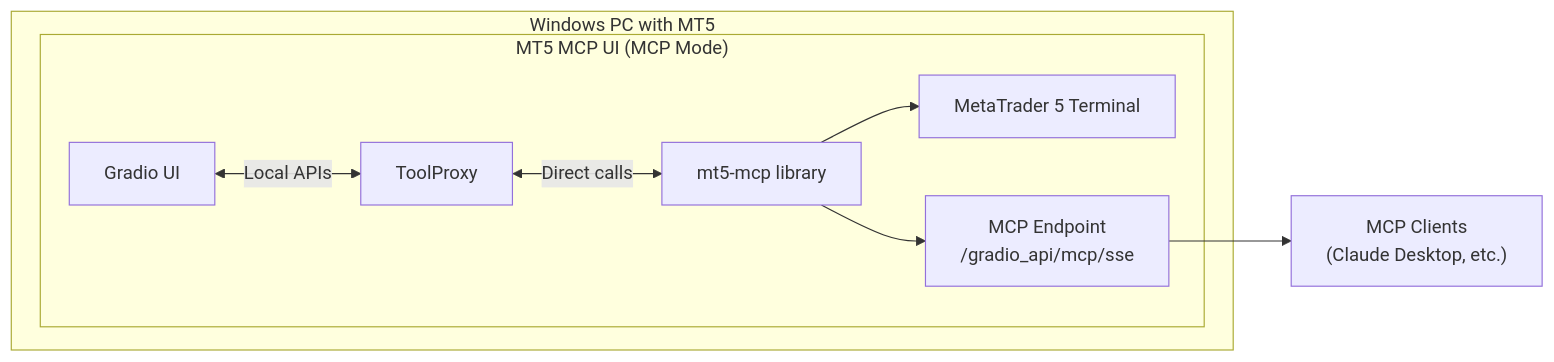
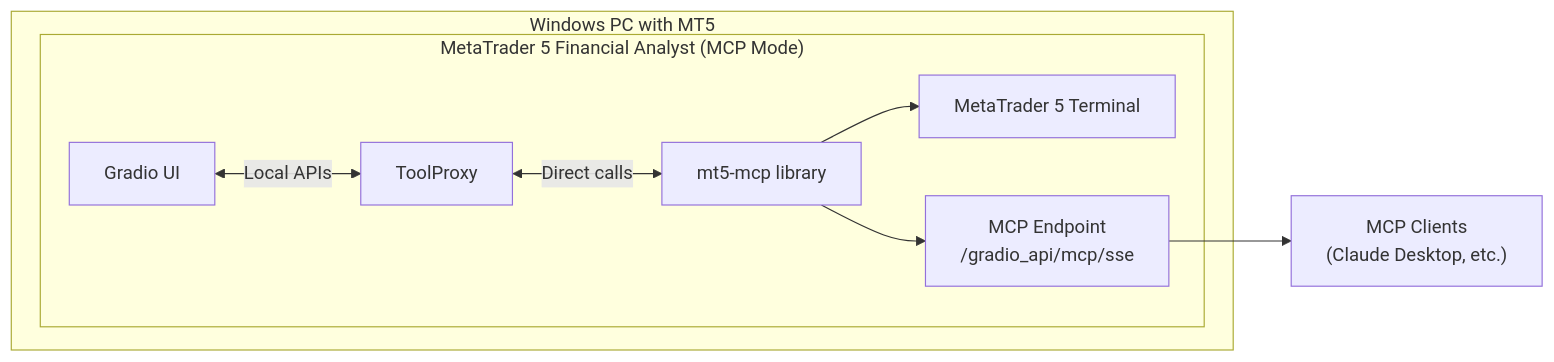
One commit to Cloudmeru/Metatrader-5-MCP-UI changed the second of 5 diagrams in docs/ARCHITECTURE.md. Above: the diagram before and after it, drawn with Mermaid. The commit also changed other lines of this file and 8 other files, not shown here.

````diff
--- a/docs/ARCHITECTURE.md
+++ b/docs/ARCHITECTURE.md
@@ -78,15 +78,15 @@
 ```mermaid
 flowchart LR
   subgraph windows_local["Windows PC with MT5"]
-    subgraph mcp_ui["MT5 MCP UI (MCP Mode)"]
+    subgraph mcp_ui["MetaTrader 5 Financial Analyst (MCP Mode)"]
       gradio_local["Gradio UI"]
       toolproxy_local["ToolProxy"]
       mt5mcp_local["mt5-mcp library"]
       gradio_local <-->|"Local APIs"| toolproxy_local
       toolproxy_local <-->|"Direct calls"| mt5mcp_local
       mt5mcp_local --> terminal_local["MetaTrader 5 Terminal"]
       mt5mcp_local --> endpoint_local["MCP Endpoint<br/>/gradio_api/mcp/sse"]
     end
   end
   endpoint_local --> clients_local["MCP Clients<br/>(Claude Desktop, etc.)"]
 ```
````
